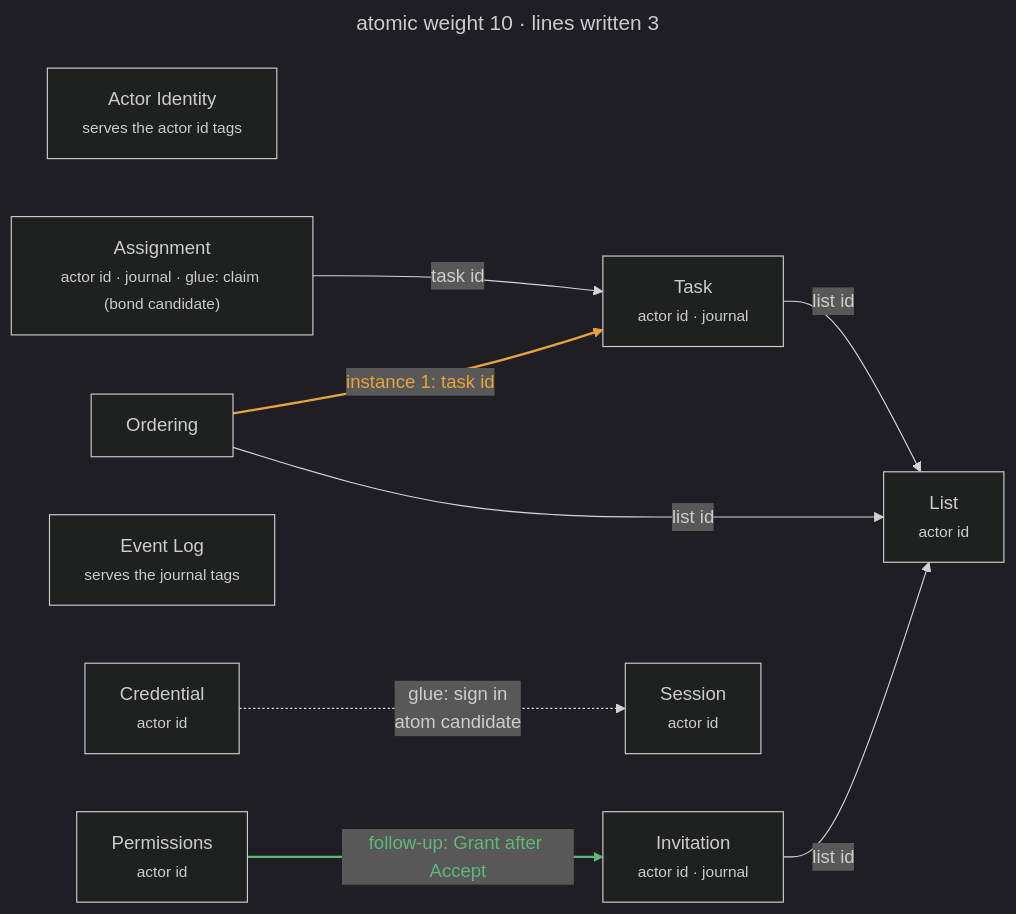
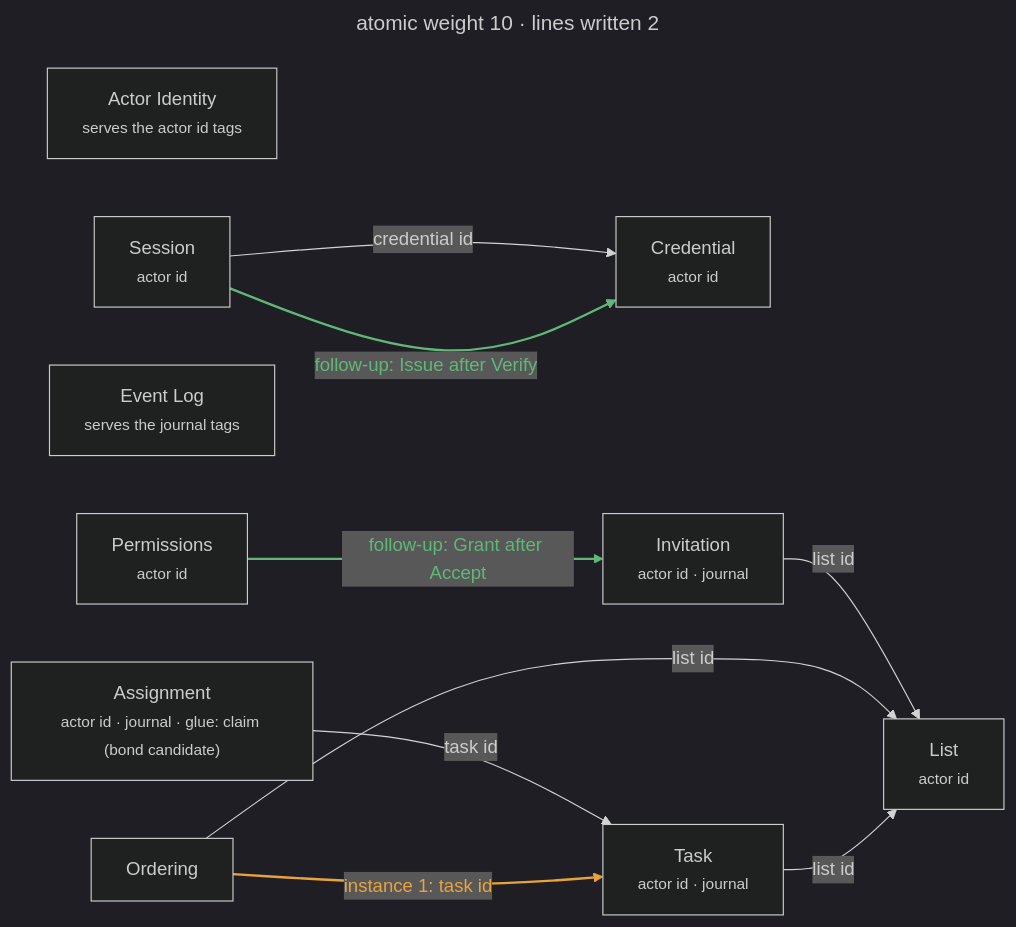
One commit to scottromack/grace-commons changed the diagram in library/apps/todo/connections.md. Above: the diagram before and after it, drawn with Mermaid. The commit also changed other lines of this file and 15 other files, not shown here.

````diff
--- a/library/apps/todo/connections.md
+++ b/library/apps/todo/connections.md
@@ -15,26 +15,28 @@
 ```mermaid
 ---
-title: atomic weight 10 · lines written 3
+title: atomic weight 10 · lines written 2
 ---
 %%{init: {"theme": "dark", "flowchart": {"htmlLabels": true}} }%%
 flowchart LR
   c_actor_identity["Actor Identity<br/><small>serves the actor id tags</small>"]
   c_assignment["Assignment<br/><small>actor id · journal · glue: claim (bond candidate)</small>"]
   c_credential["Credential<br/><small>actor id</small>"]
   c_event_log["Event Log<br/><small>serves the journal tags</small>"]
   c_invitation["Invitation<br/><small>actor id · journal</small>"]
   c_list["List<br/><small>actor id</small>"]
   c_ordering["Ordering"]
   c_permissions["Permissions<br/><small>actor id</small>"]
   c_session["Session<br/><small>actor id</small>"]
   c_task["Task<br/><small>actor id · journal</small>"]
   c_assignment -->|"task id"| c_task
   c_invitation -->|"list id"| c_list
   c_ordering -->|"list id"| c_list
   c_permissions -->|"follow-up: Grant after Accept"| c_invitation
+  c_session -->|"credential id"| c_credential
+  c_session -->|"follow-up: Issue after Verify"| c_credential
   c_task -->|"list id"| c_list
   c_ordering -->|"instance 1: task id"| c_task
-  c_credential -.->|"glue: sign in<br/>atom candidate"| c_session
   linkStyle 3 stroke:#5fb878,stroke-width:2px,color:#5fb878
-  linkStyle 5 stroke:#e8a33d,stroke-width:2px,color:#e8a33d
+  linkStyle 5 stroke:#5fb878,stroke-width:2px,color:#5fb878
+  linkStyle 7 stroke:#e8a33d,stroke-width:2px,color:#e8a33d
 ```
````
